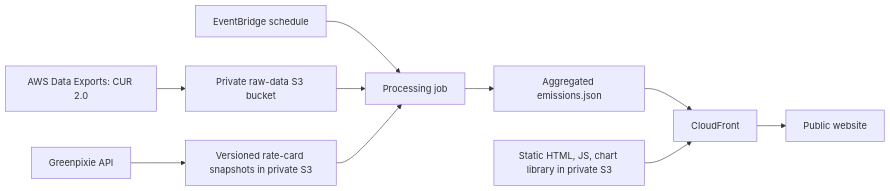
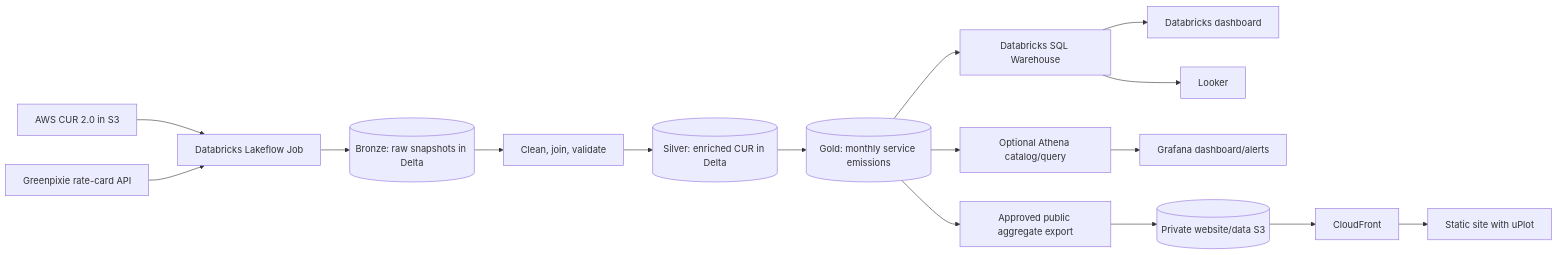
Before and after one commit to miamollie/greenpixie-demo-app: the first of 2 diagrams in README.md, drawn with Mermaid. The commit also changed other lines of this file, not shown here.

Commit message:
docs: update architecture and processing notes

````diff
--- a/README.md
+++ b/README.md
@@ -57,12 +46,20 @@
 ```mermaid
 flowchart LR
-  A[AWS Data Exports: CUR 2.0] --> B[Private raw-data S3 bucket]
-  C[Greenpixie API] --> D[Versioned rate-card snapshots in private S3]
-  E[EventBridge schedule] --> F[Processing job]
-  B --> F
-  D --> F
-  F --> G[Aggregated emissions.json]
-  G --> H[CloudFront]
-  I[Static HTML, JS, chart library in private S3] --> H
-  H --> J[Public website]
+  CUR[AWS CUR 2.0 in S3] --> Ingest[Databricks Lakeflow Job]
+  GP[Greenpixie rate-card API] --> Ingest
+  Ingest --> Bronze[(Bronze: raw snapshots in Delta)]
+  Bronze --> Clean[Clean, join, validate]
+  Clean --> Silver[(Silver: enriched CUR in Delta)]
+  Silver --> Gold[(Gold: monthly service emissions)]
+
+  Gold --> DBSQL[Databricks SQL Warehouse]
+  DBSQL --> DBBoard[Databricks dashboard]
+  DBSQL --> Looker[Looker]
+  Gold --> Athena[Optional Athena catalog/query]
+  Athena --> Grafana[Grafana dashboard/alerts]
+
+  Gold --> Export[Approved public aggregate export]
+  Export --> PublicS3[(Private website/data S3)]
+  PublicS3 --> CF[CloudFront]
+  CF --> PublicSite[Static site with uPlot]
 ```
````
